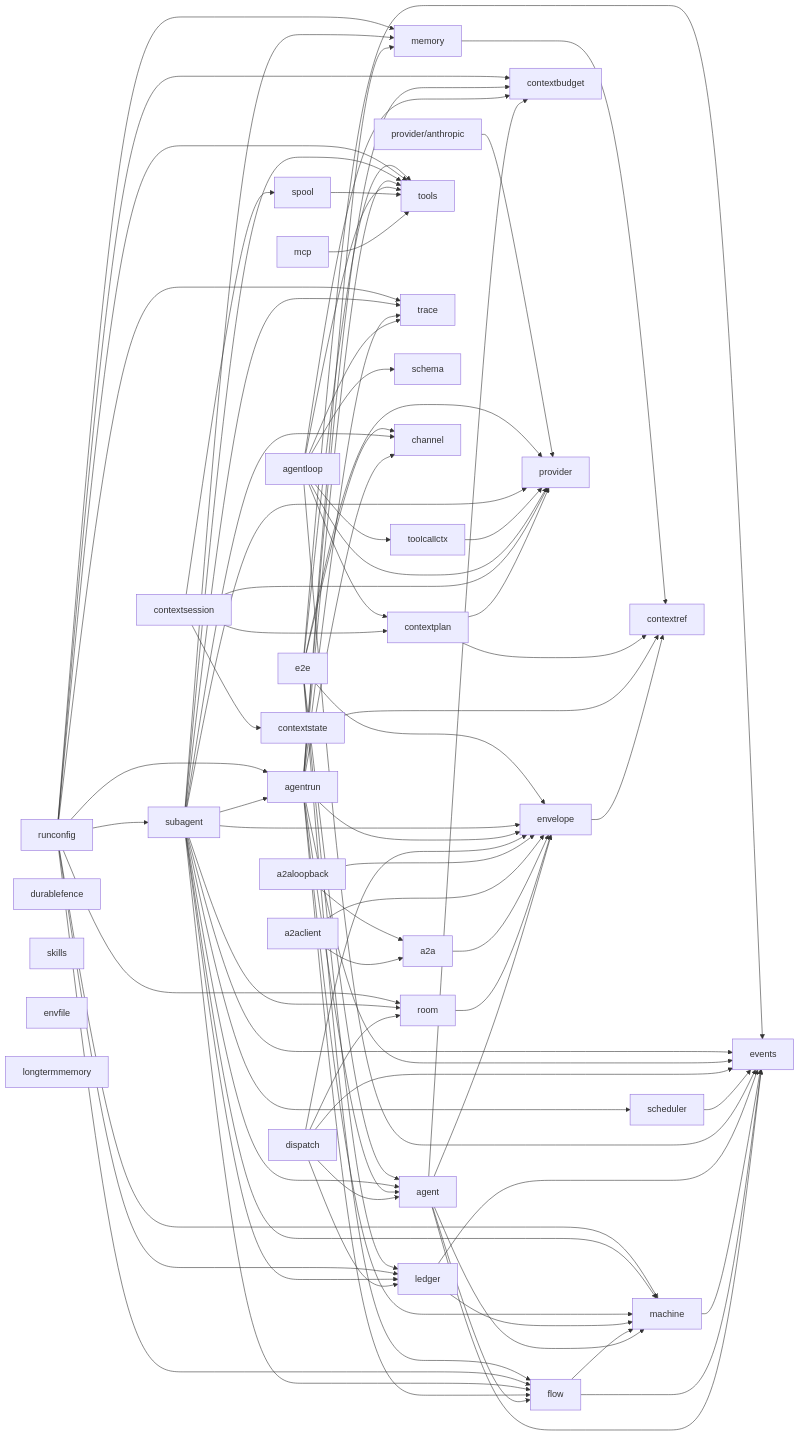
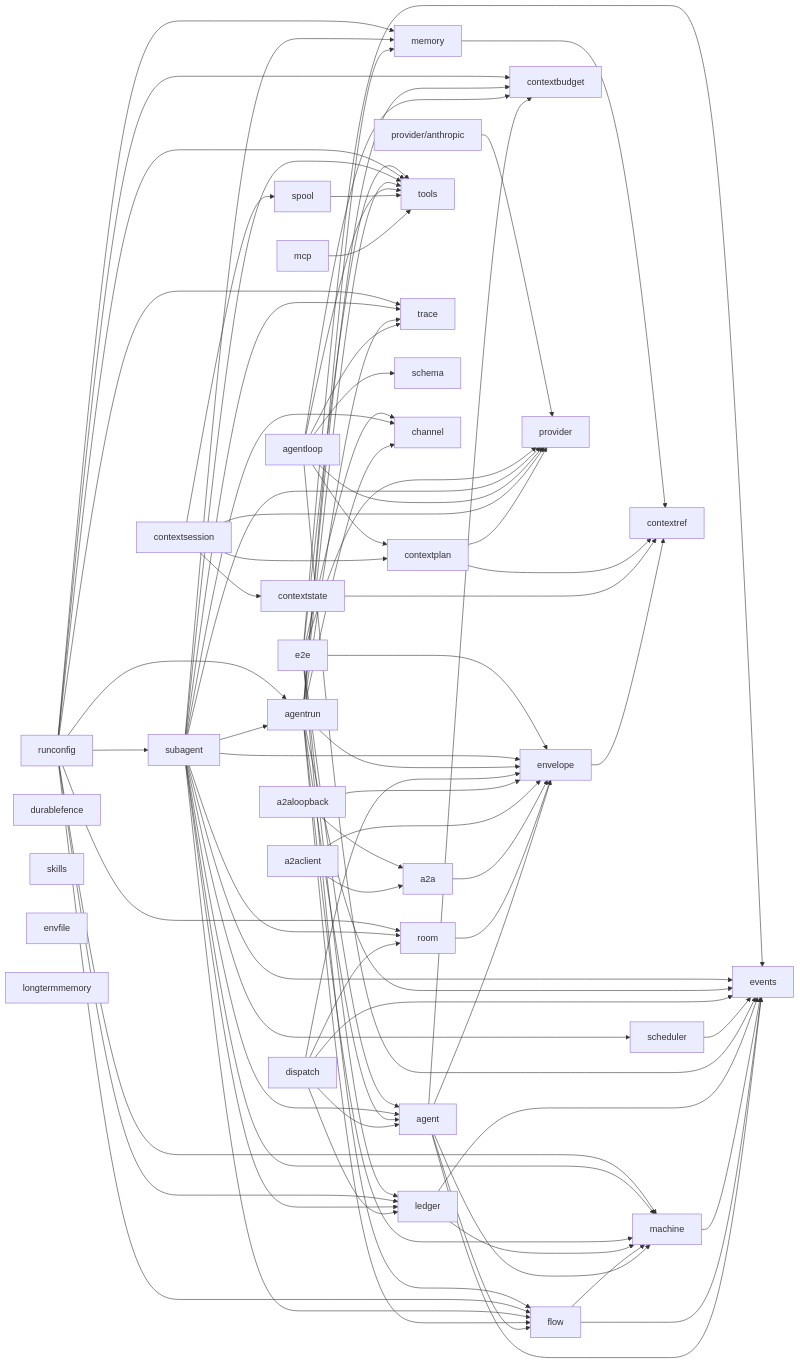
Before and after one commit to MiviaLabs/mivia-ai-sdk: the first of 2 diagrams in docs/architecture.md, drawn with Mermaid. The commit also changed other lines of this file and 14 other files, not shown here.

First line of the commit message:
feat(agentloop): fold toolcallctx into agentloop unexported

```diff
--- a/docs/architecture.md
+++ b/docs/architecture.md
@@ -70,8 +70,6 @@
     agentloop --> contextbudget
     agentloop --> schema
     agentloop --> contextplan
-    agentloop --> toolcallctx
-    toolcallctx --> provider
     scheduler --> events
     dispatch --> agent
     dispatch --> envelope
```
